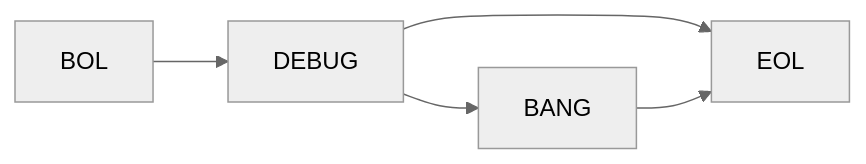
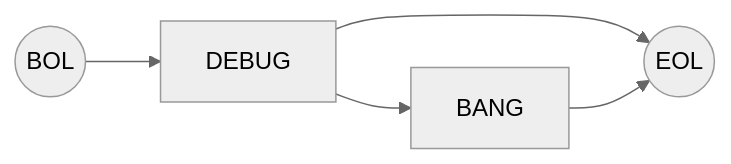
Diagram 15 of 15 in documentation/nfsm.md (rewhowe/snapdragon), drawn with Mermaid (neutral theme) before and after one commit. The commit also changed other lines of this file and 16 other files, not shown here.

````diff
--- a/documentation/nfsm.md
+++ b/documentation/nfsm.md
@@ -296,9 +486,9 @@
 ```mermaid
 graph LR
-  BOL --> DEBUG
+  BOL((BOL)) --> DEBUG
 
   DEBUG --> BANG
-  DEBUG --> EOL
+  DEBUG --> EOL((EOL))
 
   BANG --> EOL
 ```
````
